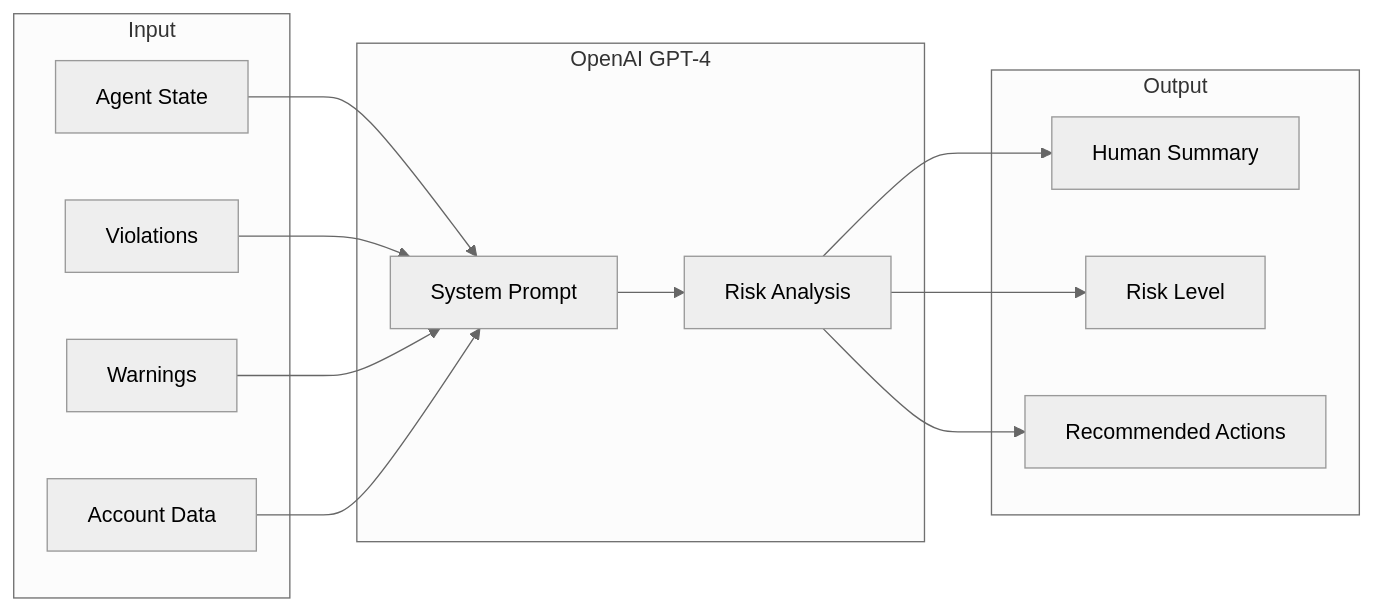
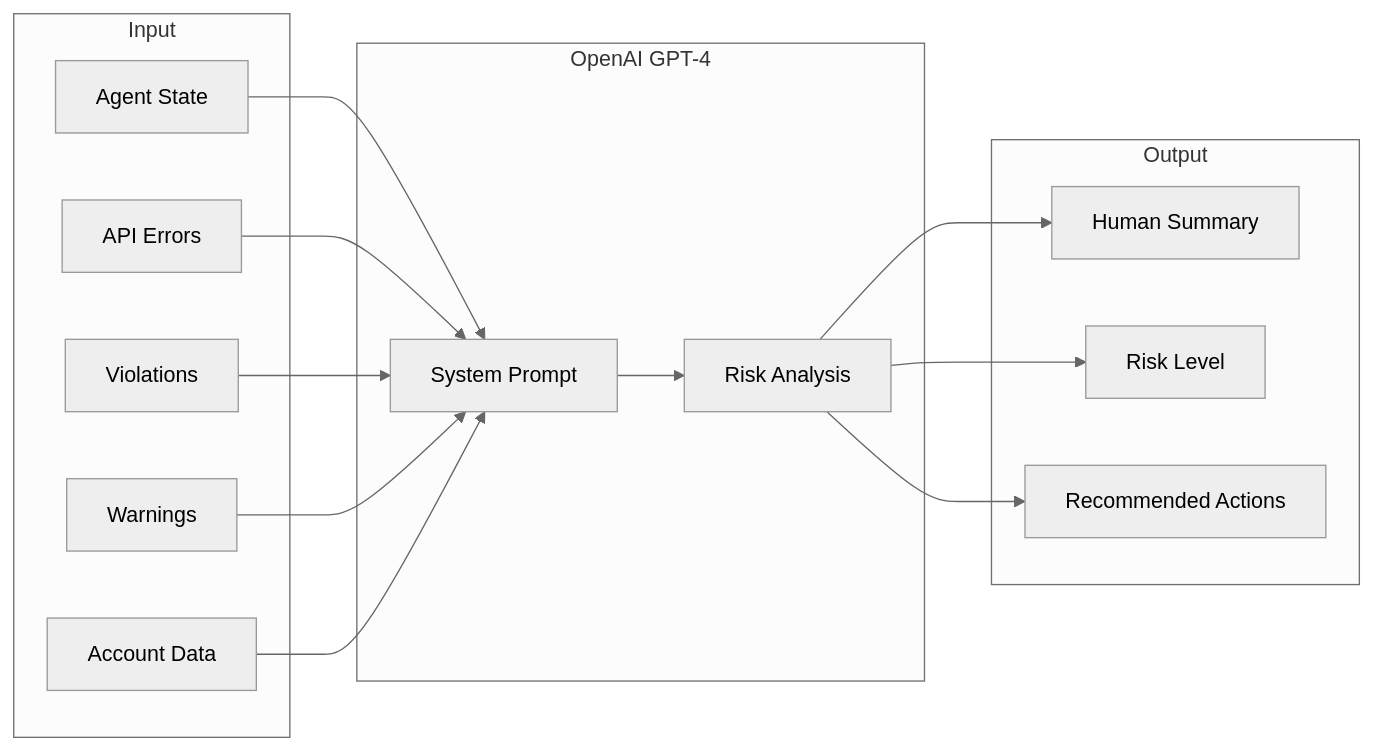
One commit to alyab16/Enterprise-Agents-Solutions-Case-Study changed the fourth of 11 diagrams in SOLUTION_DESIGN.md. Above: the diagram before and after it, drawn with Mermaid (neutral theme). The commit also changed other lines of this file and 5 other files, not shown here.

````diff
--- a/SOLUTION_DESIGN.md
+++ b/SOLUTION_DESIGN.md
@@ -211,31 +222,33 @@
 ```mermaid
 flowchart LR
     subgraph Input
         STATE[Agent State]
+        API_ERR[API Errors]
         VIOL[Violations]
         WARN[Warnings]
         DATA[Account Data]
     end
     
     subgraph LLM["OpenAI GPT-4"]
         PROMPT[System Prompt]
         ANALYSIS[Risk Analysis]
     end
     
     subgraph Output
         SUMMARY[Human Summary]
         LEVEL[Risk Level]
         ACTIONS[Recommended Actions]
     end
     
     STATE --> PROMPT
+    API_ERR --> PROMPT
     VIOL --> PROMPT
     WARN --> PROMPT
     DATA --> PROMPT
     
     PROMPT --> ANALYSIS
     
     ANALYSIS --> SUMMARY
     ANALYSIS --> LEVEL
     ANALYSIS --> ACTIONS
 ```
````
